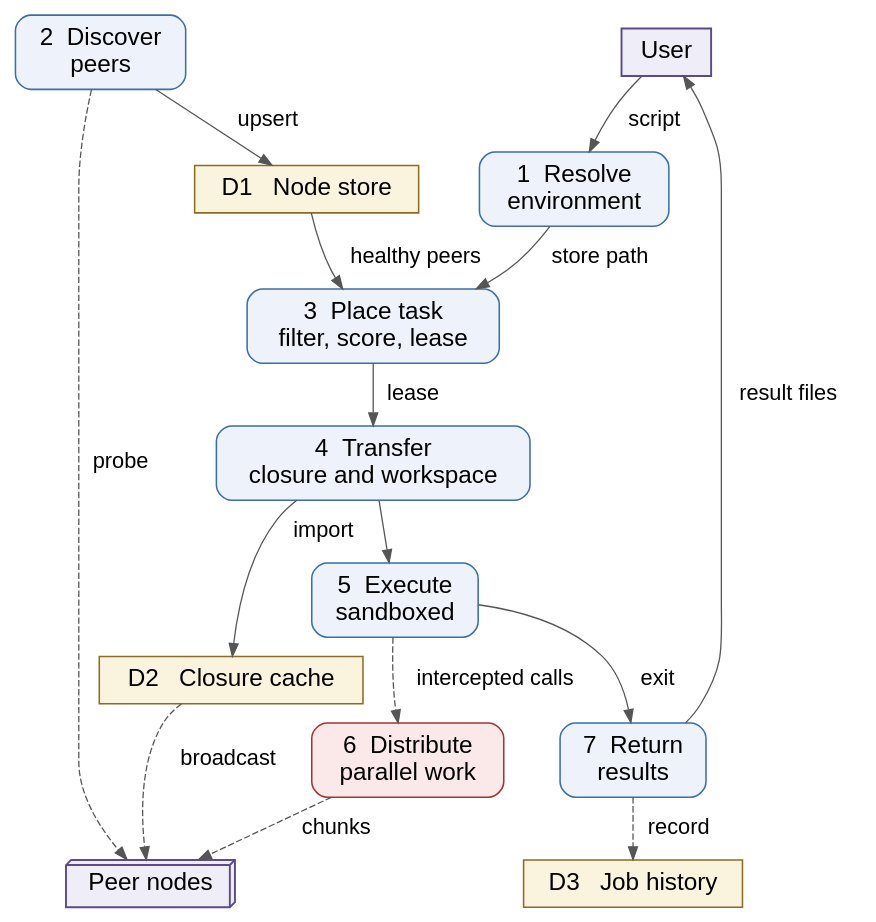
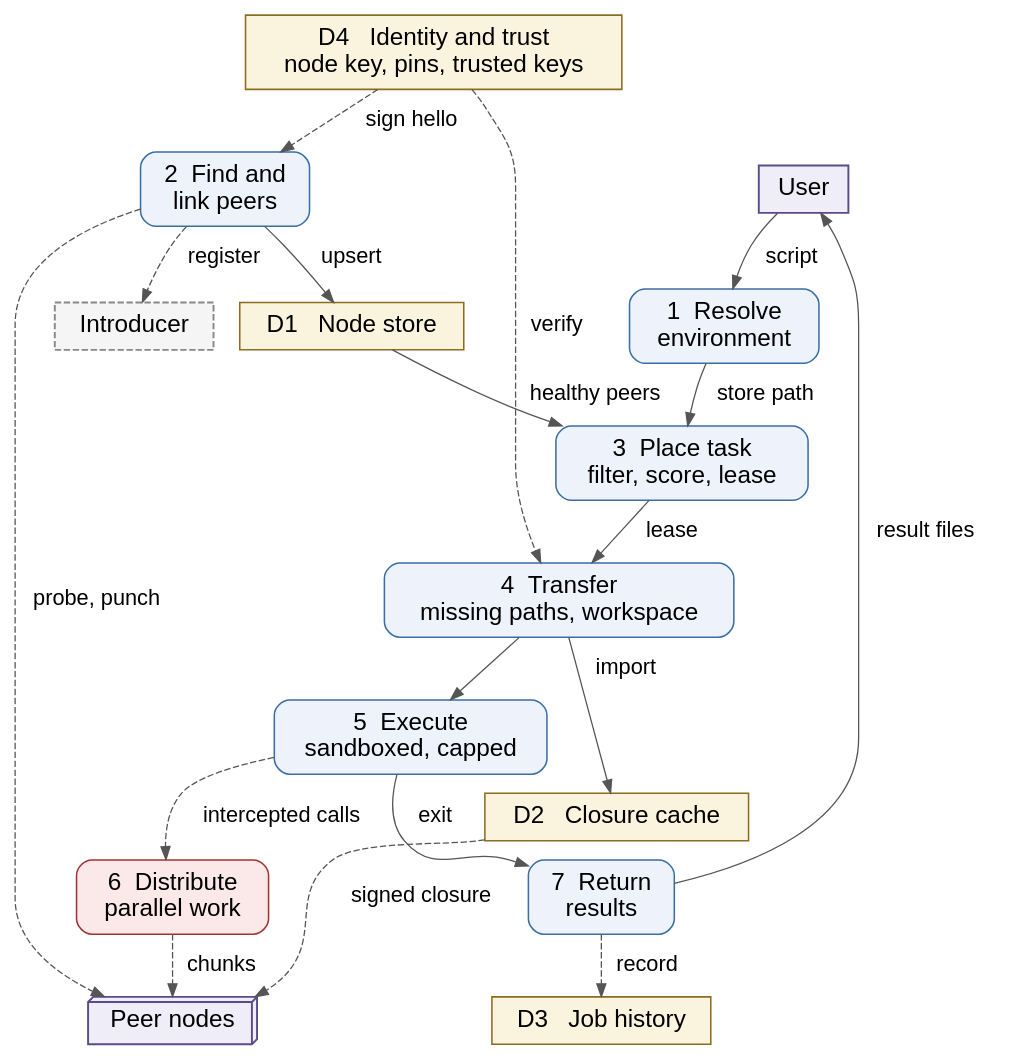
One commit to vinayakyadav2709/Pipedpeer changed the diagram in docs/diagrams/src/fig_3.3_dfd_level1.dot. Above: the diagram before and after it, drawn with Graphviz. The commit also changed 72 other files, not shown here.

```diff
--- a/docs/diagrams/src/fig_3.3_dfd_level1.dot
+++ b/docs/diagrams/src/fig_3.3_dfd_level1.dot
@@ -1,44 +1,49 @@
 // Figure 3.3 - Level 1 DFD (decomposition of the daemon).
 // Process 6 is placed before 7 so the numbering matches the reading order, and
 // the peer-facing edges leave from the right so none has to double back.
 digraph DFD1 {
   rankdir=TB; bgcolor="white"; nodesep=0.28; ranksep=0.42;
   node [fontname="Helvetica", fontsize=19, shape=box, style="rounded,filled",
         fillcolor="#eef3fb", color="#3b6ea5", penwidth=1.2, margin="0.18,0.11"];
   edge [fontname="Helvetica", fontsize=17, color="#555555"];
 
   user  [label="User", shape=box, style=filled, fillcolor="#efedf7", color="#5b4b8a", penwidth=1.5];
   peers [label="Peer nodes", shape=box3d, style=filled, fillcolor="#efedf7", color="#5b4b8a", penwidth=1.5];
+  intro [label="Introducer", shape=box, style="filled,dashed", fillcolor="#f5f5f5", color="#888888", penwidth=1.5];
 
   p1 [label="1  Resolve\nenvironment"];
-  p2 [label="2  Discover\npeers"];
+  p2 [label="2  Find and\nlink peers"];
   p3 [label="3  Place task\nfilter, score, lease"];
-  p4 [label="4  Transfer\nclosure and workspace"];
-  p5 [label="5  Execute\nsandboxed"];
+  p4 [label="4  Transfer\nmissing paths, workspace"];
+  p5 [label="5  Execute\nsandboxed, capped"];
   p6 [label="6  Distribute\nparallel work", fillcolor="#fbe9e9", color="#a33333"];
   p7 [label="7  Return\nresults"];
 
   d1 [label="D1   Node store", shape=box, style=filled, fillcolor="#faf3dd", color="#8a6d1f"];
   d2 [label="D2   Closure cache", shape=box, style=filled, fillcolor="#faf3dd", color="#8a6d1f"];
   d3 [label="D3   Job history", shape=box, style=filled, fillcolor="#faf3dd", color="#8a6d1f"];
+  d4 [label="D4   Identity and trust\nnode key, pins, trusted keys", shape=box, style=filled, fillcolor="#faf3dd", color="#8a6d1f"];
 
   user -> p1 [label="  script  "];
   p1 -> p3 [label="  store path  "];
   p2 -> d1 [label="  upsert  "];
+  d4 -> p2 [label="  sign hello  ", style=dashed];
   d1 -> p3 [label="  healthy peers  "];
   p3 -> p4 [label="  lease  "];
   p4 -> d2 [label="  import  "];
+  d4 -> p4 [label="  verify  ", style=dashed];
   p4 -> p5;
   p5 -> p6 [label="  intercepted calls  ", style=dashed];
   p6 -> p7 [style=invis];
   p5 -> p7 [label="  exit  "];
   p7 -> user [label="  result files  "];
   p7 -> d3 [label="  record  ", style=dashed];
 
   // Everything that talks to a peer leaves from the right-hand column.
-  p2 -> peers [label="  probe  ", style=dashed];
-  d2 -> peers [label="  broadcast  ", style=dashed];
+  p2 -> intro [label="  register  ", style=dashed];
+  p2 -> peers [label="  probe, punch  ", style=dashed];
+  d2 -> peers [label="  signed closure  ", style=dashed];
   p6 -> peers [label="  chunks  ", style=dashed];
 
   { rank=same; p6; p7; }
 }
```
